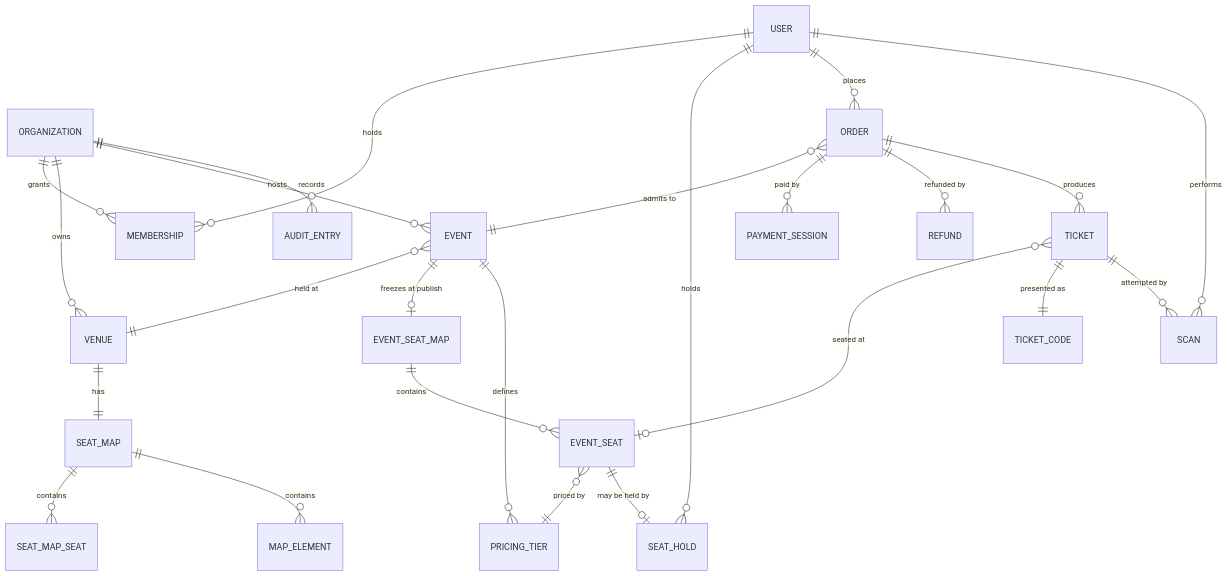
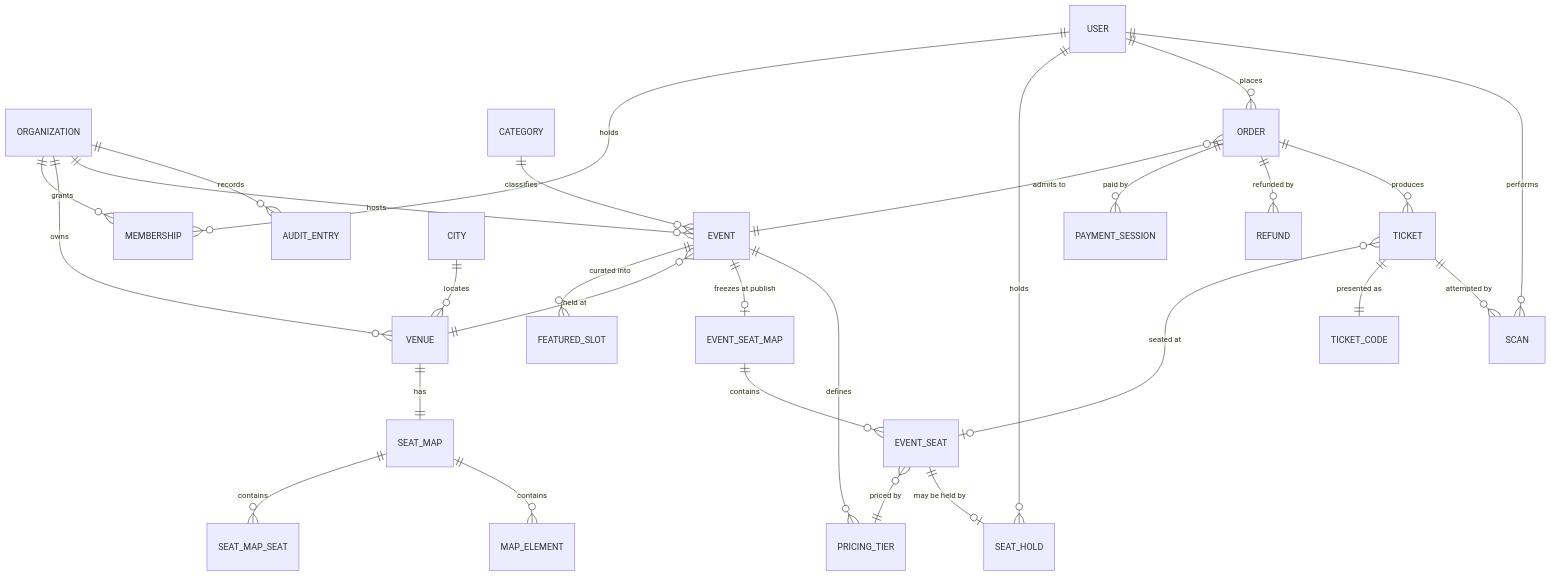
One commit to event-ticket-org/event-ticket-kb changed the diagram in design/domain-model.md. Above: the diagram before and after it, drawn with Mermaid. The commit also changed other lines of this file and 2 other files, not shown here.

````diff
--- a/design/domain-model.md
+++ b/design/domain-model.md
@@ -11,31 +11,35 @@
 ```mermaid
 erDiagram
     USER ||--o{ MEMBERSHIP : holds
     ORGANIZATION ||--o{ MEMBERSHIP : grants
     ORGANIZATION ||--o{ VENUE : owns
     ORGANIZATION ||--o{ EVENT : hosts
     ORGANIZATION ||--o{ AUDIT_ENTRY : records
+
+    CITY ||--o{ VENUE : locates
+    CATEGORY ||--o{ EVENT : classifies
+    EVENT ||--o{ FEATURED_SLOT : "curated into"
 
     VENUE ||--|| SEAT_MAP : has
     SEAT_MAP ||--o{ SEAT_MAP_SEAT : contains
     SEAT_MAP ||--o{ MAP_ELEMENT : contains
 
     EVENT }o--|| VENUE : "held at"
     EVENT ||--o| EVENT_SEAT_MAP : "freezes at publish"
     EVENT ||--o{ PRICING_TIER : defines
     EVENT_SEAT_MAP ||--o{ EVENT_SEAT : contains
     EVENT_SEAT }o--|| PRICING_TIER : "priced by"
 
     EVENT_SEAT ||--o| SEAT_HOLD : "may be held by"
     USER ||--o{ SEAT_HOLD : holds
     USER ||--o{ ORDER : places
     ORDER }o--|| EVENT : "admits to"
     ORDER ||--o{ PAYMENT_SESSION : "paid by"
     ORDER ||--o{ REFUND : "refunded by"
     ORDER ||--o{ TICKET : produces
 
     TICKET }o--o| EVENT_SEAT : "seated at"
     TICKET ||--|| TICKET_CODE : "presented as"
     TICKET ||--o{ SCAN : "attempted by"
     USER ||--o{ SCAN : performs
 ```
````
